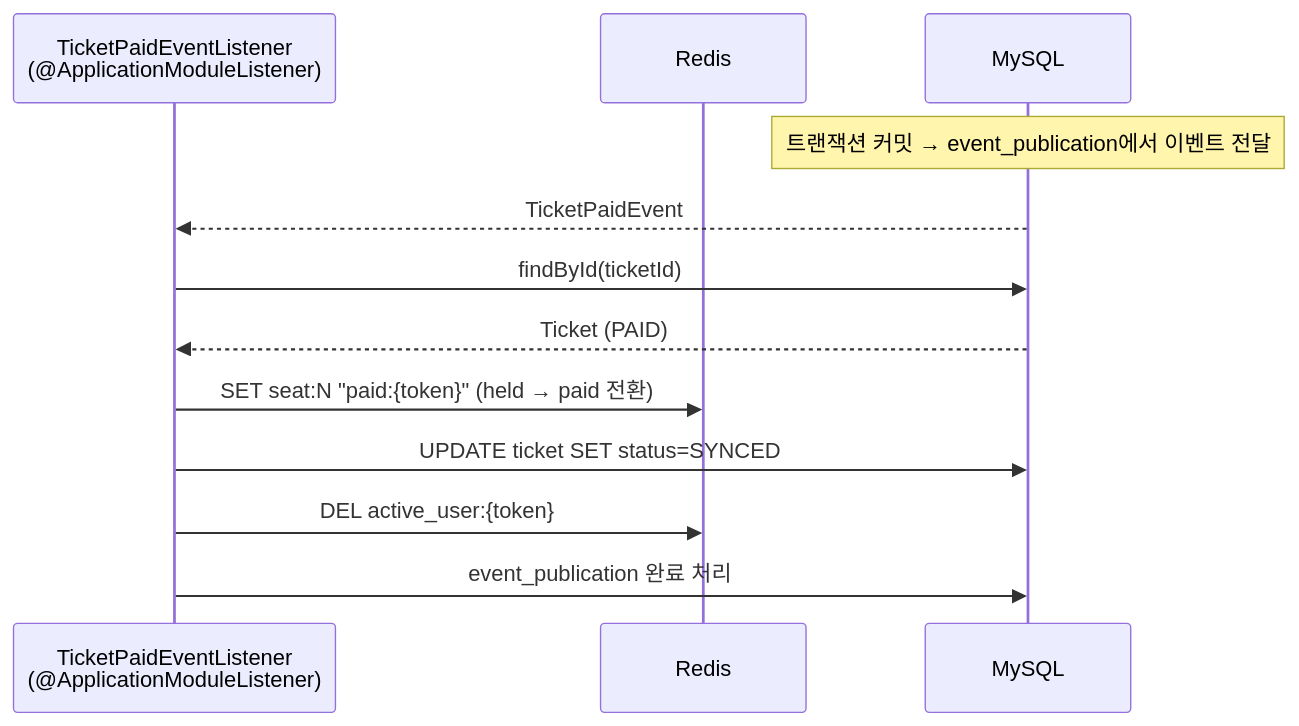
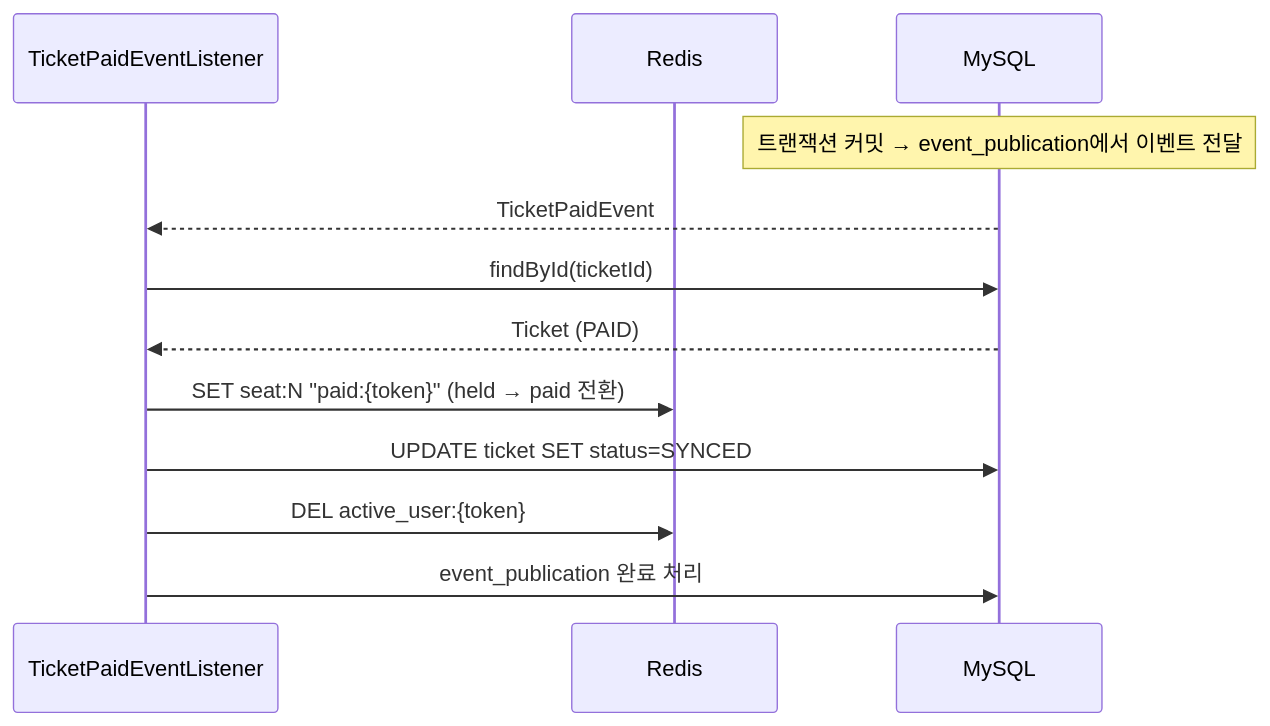
Before and after one commit to irnd04/zticket: the sixth of 7 diagrams in README.md, drawn with Mermaid. The commit also changed other lines of this file, not shown here.

Commit message:
docs: README에서 @ApplicationModuleListener 참조를 일반 리스너 표현으로 변경

````diff
--- a/README.md
+++ b/README.md
@@ -239,17 +239,17 @@
 ```mermaid
 sequenceDiagram
-    participant L as TicketPaidEventListener<br/>(@ApplicationModuleListener)
+    participant L as TicketPaidEventListener
     participant R as Redis
     participant DB as MySQL
 
     Note over DB: 트랜잭션 커밋 → event_publication에서 이벤트 전달
 
     DB-->>L: TicketPaidEvent
     L->>DB: findById(ticketId)
     DB-->>L: Ticket (PAID)
 
     L->>R: SET seat:N "paid:{token}" (held → paid 전환)
     L->>DB: UPDATE ticket SET status=SYNCED
     L->>R: DEL active_user:{token}
     L->>DB: event_publication 완료 처리
 ```
````
